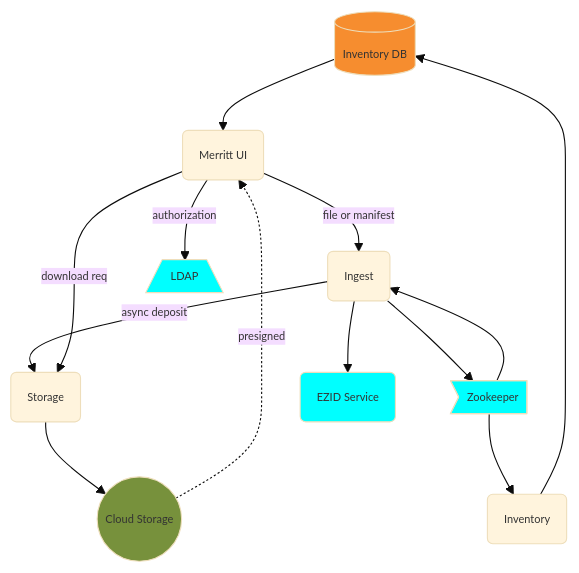
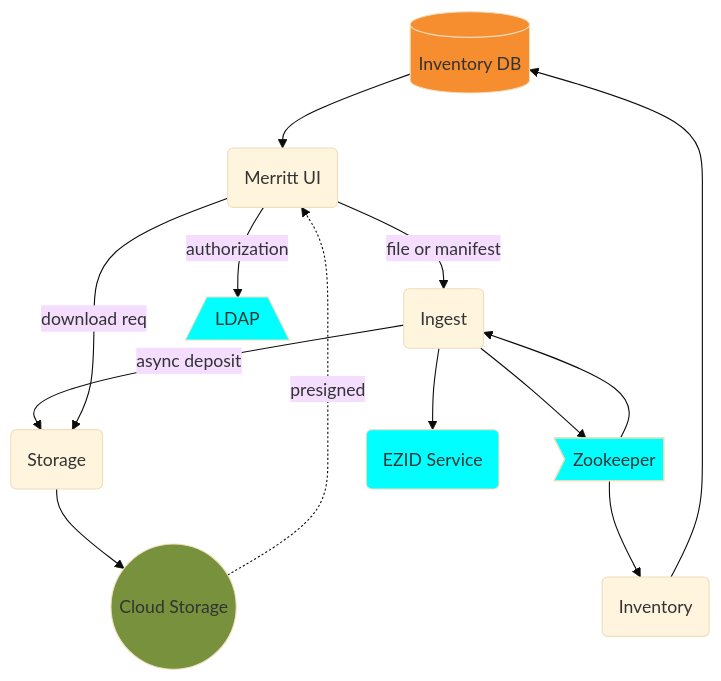
Before and after one commit to CDLUC3/mrt-doc: the diagram in diagrams/overview-core.mmd, drawn with Mermaid. The commit also changed other lines of this file and 11 other files, not shown here.

Commit message:
service diagrams

```diff
--- a/diagrams/overview-core.mmd
+++ b/diagrams/overview-core.mmd
@@ -1,30 +1,30 @@
-%%{init: {'theme': 'base', 'themeVariables': { 'fontSize': '10px'}}}%%
+%%{init: {'theme': 'base'}}%%
 graph TD
   RDS[(Inventory DB)]
-  UI(Merritt UI)
+  UI("Merritt UI")
   ING(Ingest)
   ST(Storage)
   INV(Inventory)
   CLOUD(("Cloud Storage"))
   LDAP[/LDAP\]
   ZOO>Zookeeper]
   EZID(EZID Service)
 
   RDS --> UI
-  UI --> |file or manifest| ING
+  UI --> |"file or manifest"| ING
   UI --> |authorization| LDAP
   ING --> |"async deposit"| ST
   ING --> ZOO
   ZOO --> ING
   ZOO --> INV
   UI ---> |download req| ST
   INV --> RDS
   ST --> CLOUD
   CLOUD -.-> |presigned| UI
   ING --> EZID
 
   style CLOUD fill:#77913C
   style RDS fill:#F68D2F
   style LDAP fill:cyan
   style ZOO fill:cyan
   style EZID fill:cyan
```
